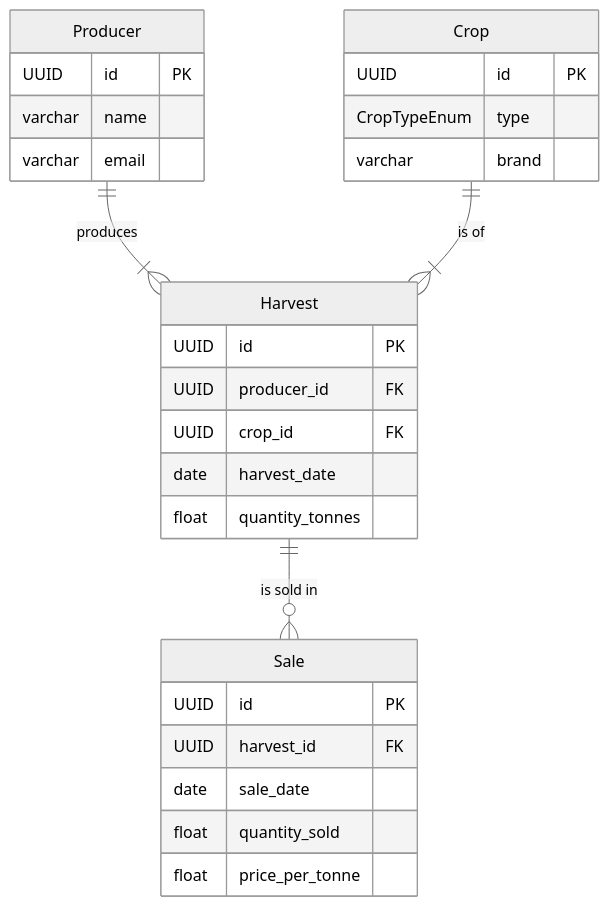
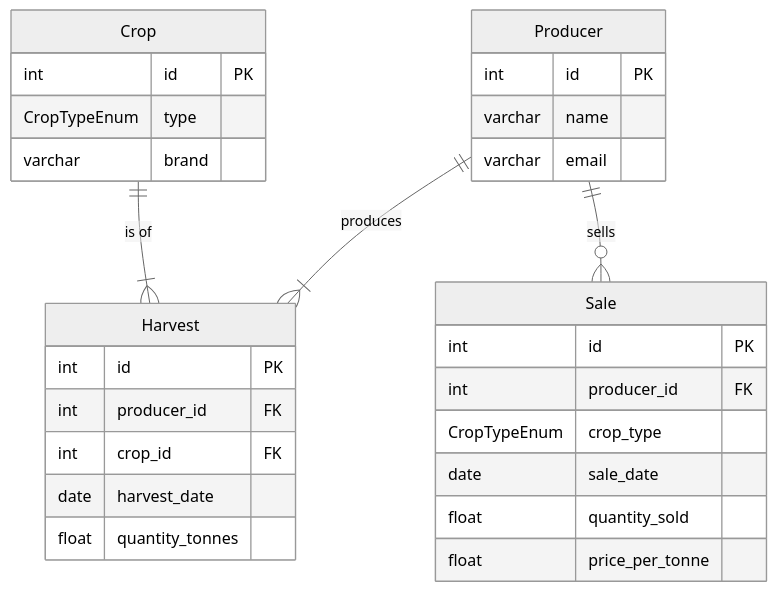
One commit to cotixmol/pwc-assessment changed the diagram in README.md. Above: the diagram before and after it, drawn with Mermaid (neutral theme). The commit also changed other lines of this file, not shown here.

````diff
--- a/README.md
+++ b/README.md
@@ -1,31 +134,32 @@
 ```mermaid
 erDiagram
     Producer {
-        UUID id PK
+        int id PK
         varchar name
         varchar email
     }
     Crop {
-        UUID id PK
+        int id PK
         CropTypeEnum type
         varchar brand
     }
     Harvest {
-        UUID id PK
-        UUID producer_id FK
-        UUID crop_id FK
+        int id PK
+        int producer_id FK
+        int crop_id FK
         date harvest_date
         float quantity_tonnes
     }
     Sale {
-        UUID id PK
-        UUID harvest_id FK
+        int id PK
+        int producer_id FK
+        CropTypeEnum crop_type
         date sale_date
         float quantity_sold
         float price_per_tonne
     }
 
     Producer ||--|{ Harvest : "produces"
     Crop ||--|{ Harvest : "is of"
-    Harvest ||--o{ Sale : "is sold in"
+    Producer ||--o{ Sale : "sells"
 ```
````
